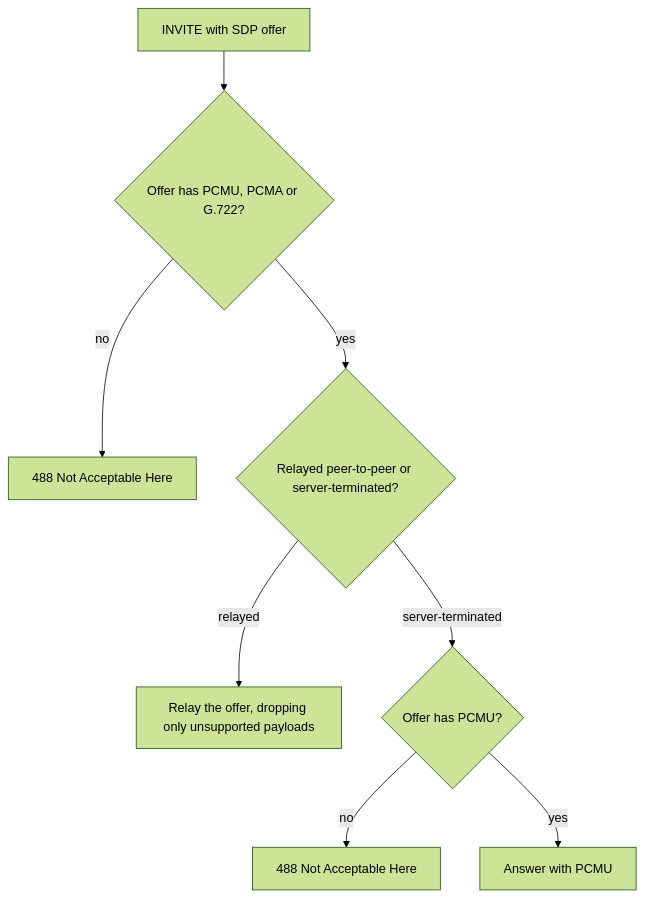
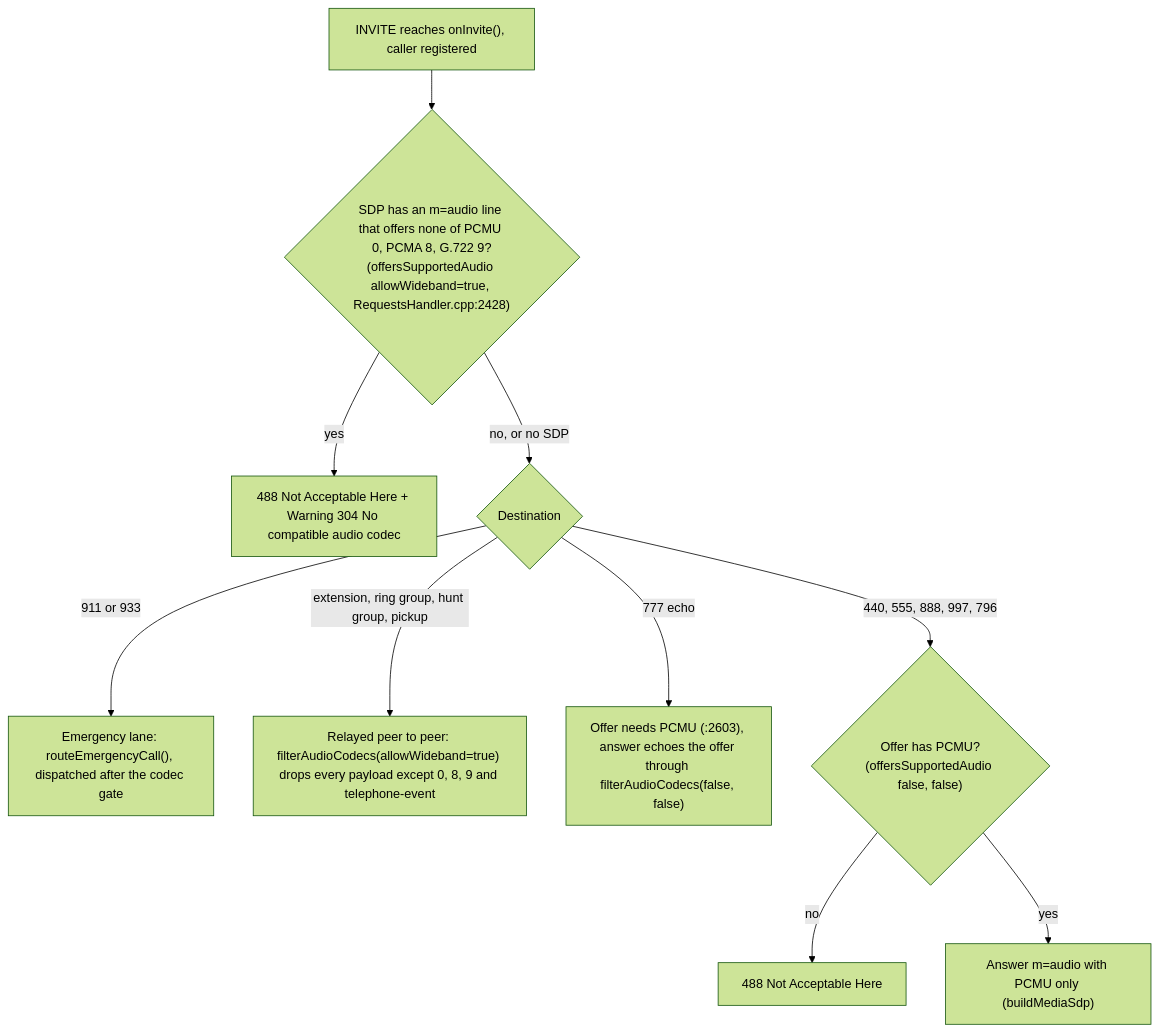
One commit to GlomarGadaffi/pocket-dial changed the first of 2 diagrams in docs/PHONE_COMPATIBILITY.md. Above: the diagram before and after it, drawn with Mermaid (forest theme). The commit also changed other lines of this file and 29 other files, not shown here.

First line of the commit message:
docs: make the Mermaid diagrams exact against main (#1105)

````diff
--- a/docs/PHONE_COMPATIBILITY.md
+++ b/docs/PHONE_COMPATIBILITY.md
@@ -70,10 +70,12 @@
 ```mermaid
 flowchart TD
-    A["INVITE with SDP offer"] --> B{"Offer has PCMU, PCMA or G.722?"}
-    B -- "no" --> R1["488 Not Acceptable Here"]
-    B -- "yes" --> C{"Relayed peer-to-peer or server-terminated?"}
-    C -- "relayed" --> D["Relay the offer, dropping only unsupported payloads"]
-    C -- "server-terminated" --> E{"Offer has PCMU?"}
+    A["INVITE reaches onInvite(), caller registered"] --> B{"SDP has an m=audio line that offers none of PCMU 0, PCMA 8, G.722 9?<br/>(offersSupportedAudio allowWideband=true, RequestsHandler.cpp:2428)"}
+    B -- "yes" --> R1["488 Not Acceptable Here + Warning 304 No compatible audio codec"]
+    B -- "no, or no SDP" --> C{"Destination"}
+    C -- "911 or 933" --> EM["Emergency lane: routeEmergencyCall(), dispatched after the codec gate"]
+    C -- "extension, ring group, hunt group, pickup" --> D["Relayed peer to peer: filterAudioCodecs(allowWideband=true) drops every payload except 0, 8, 9 and telephone-event"]
+    C -- "777 echo" --> G["Offer needs PCMU (:2603), answer echoes the offer through filterAudioCodecs(false, false)"]
+    C -- "440, 555, 888, 997, 796" --> E{"Offer has PCMU?<br/>(offersSupportedAudio false, false)"}
     E -- "no" --> R2["488 Not Acceptable Here"]
-    E -- "yes" --> F["Answer with PCMU"]
+    E -- "yes" --> F["Answer m=audio with PCMU only (buildMediaSdp)"]
 ```
````
